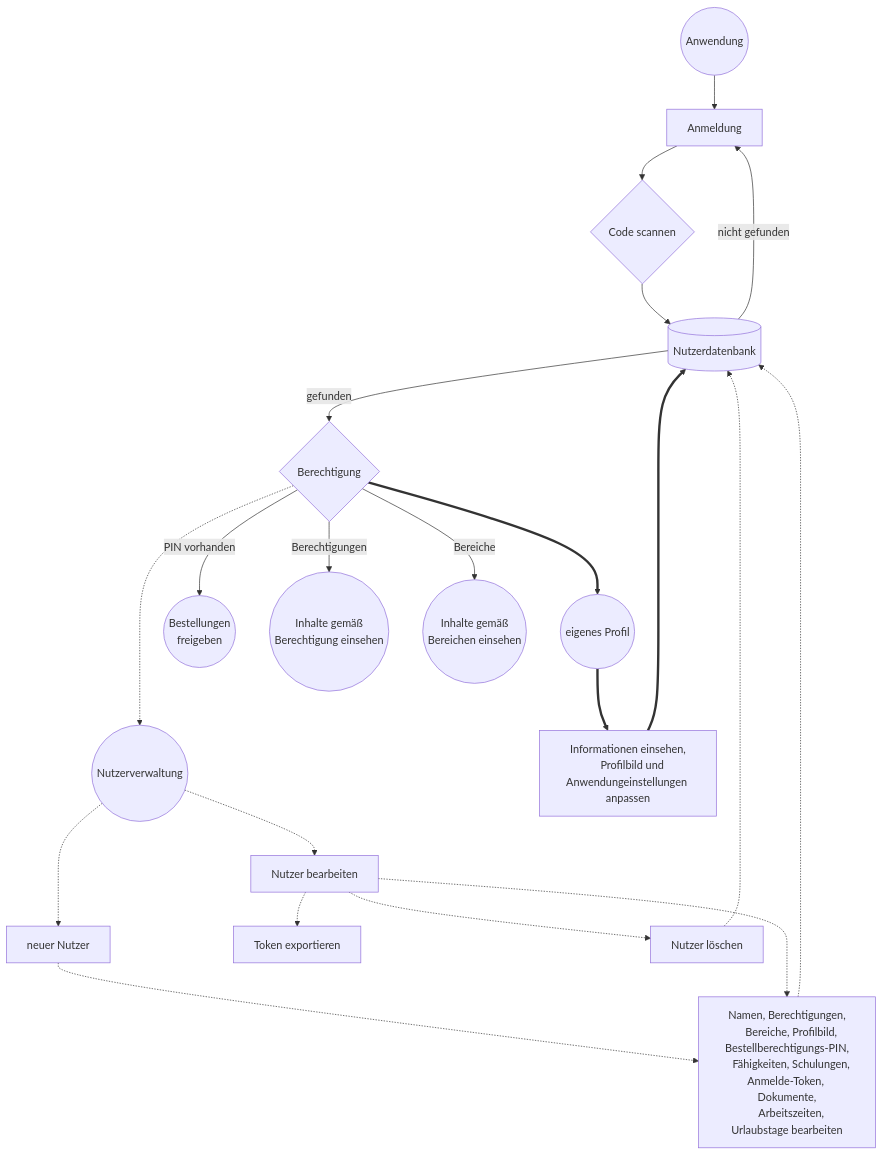
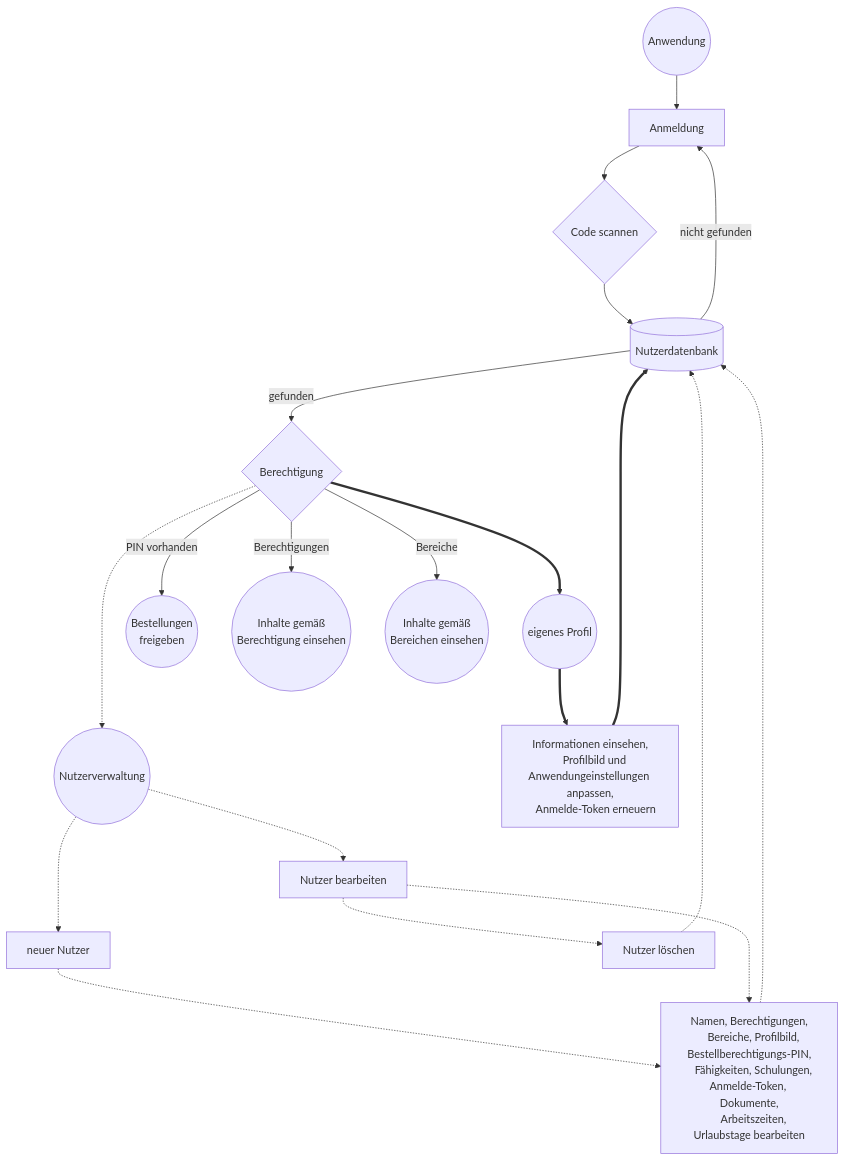
One commit to erroronline1/caro changed the first of 9 diagrams in readme.de.md. Above: the diagram before and after it, drawn with Mermaid. The commit also changed other lines of this file and 2 other files, not shown here.

Commit message:
structure adjustments and user module description overhaul

````diff
--- a/readme.de.md
+++ b/readme.de.md
@@ -211,33 +196,33 @@
 ```mermaid
 graph TD;
     application((Anwendung))-->login[Anmeldung];
     login-->scan_code;
     scan_code{Code scannen}-->user_db[(Nutzerdatenbank)];
     user_db-->|gefunden|permission{Berechtigung};
     user_db-->|nicht gefunden|login;
 
     permission-..->manage_users((Nutzerverwaltung));
     manage_users-..->new_user[neuer Nutzer];
     manage_users-.->edit_user[Nutzer bearbeiten];
     new_user-.->user_settings["Namen, Berechtigungen,
     Bereiche, Profilbild, Bestellberechtigungs-PIN,
     Fähigkeiten, Schulungen, Anmelde-Token, Dokumente,
     Arbeitszeiten, Urlaubstage bearbeiten"];
     edit_user-.->user_settings;
-    edit_user-.->export_token[Token exportieren];
     user_settings-.->user_db;
     edit_user-.->delete_user[Nutzer löschen];
     delete_user-.->user_db;
 
     permission==>own_profile((eigenes Profil));
     own_profile==>profile["Informationen einsehen,
-    Profilbild und Anwendungeinstellungen anpassen"];
+    Profilbild und Anwendungeinstellungen anpassen,
+    Anmelde-Token erneuern"];
     profile==>user_db;
 
     permission-->|PIN vorhanden|orders(("Bestellungen
     freigeben"));
     permission-->|Berechtigungen|authorized(("Inhalte gemäß
     Berechtigung einsehen"))
     permission-->|Bereiche|units(("Inhalte gemäß
     Bereichen einsehen"))
 ```
````
